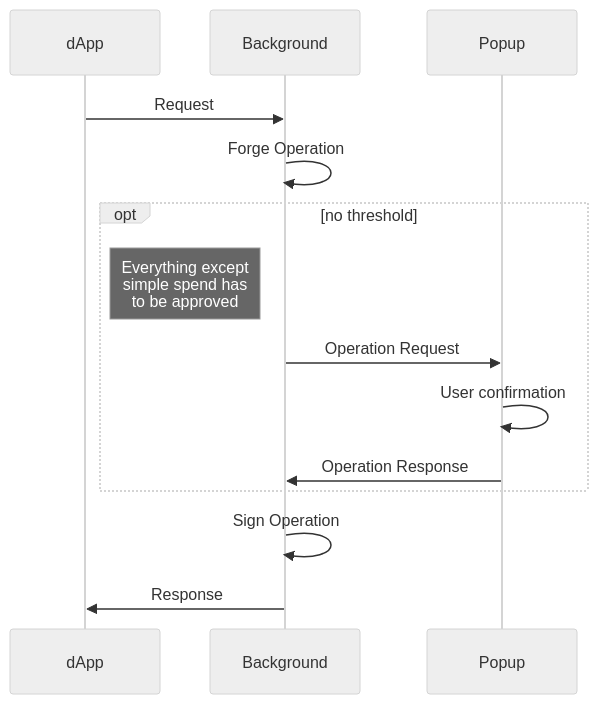
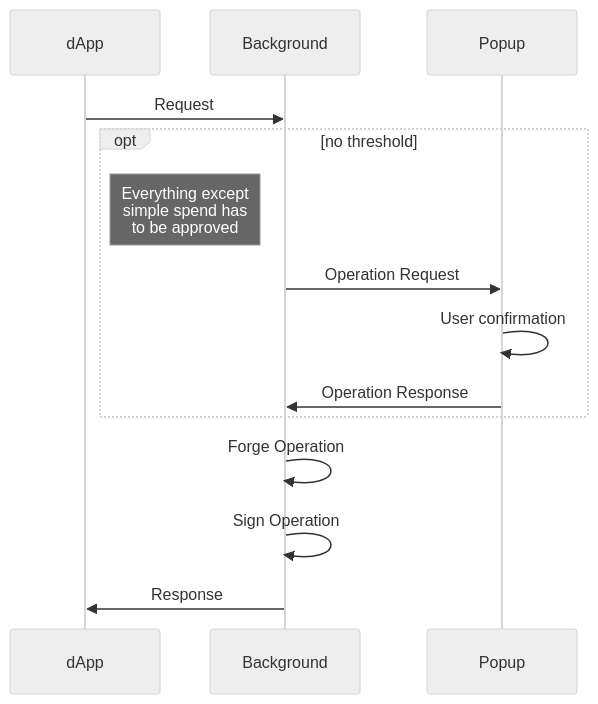
The third of 5 diagrams in flows/LocalMnemonic.md (airgap-it/beacon-sdk), drawn with Mermaid (neutral theme) before and after one commit. The commit also changed 3 other files, not shown here.

Commit message:
feat(flows): move forging to after user confirmation

````diff
--- a/flows/LocalMnemonic.md
+++ b/flows/LocalMnemonic.md
@@ -29,15 +29,15 @@
 ```mermaid
 sequenceDiagram
     dApp->>Background: Request
-        Background->>Background: Forge Operation
     opt no threshold
         Note left of Background: Everything except<br/>simple spend has<br/>to be approved
         Background->>Popup: Operation Request
         Popup->>Popup: User confirmation
         Popup->>Background: Operation Response
     end
 
+    Background->>Background: Forge Operation
     Background->>Background: Sign Operation
 
     Background->>dApp: Response
 ```
````
